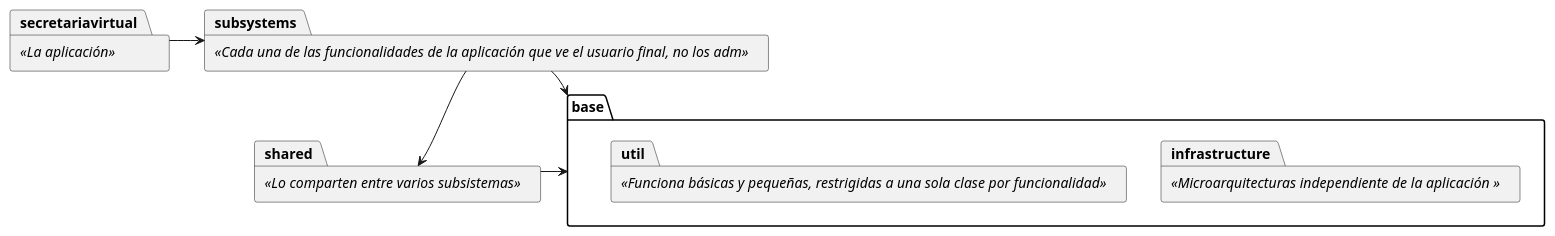
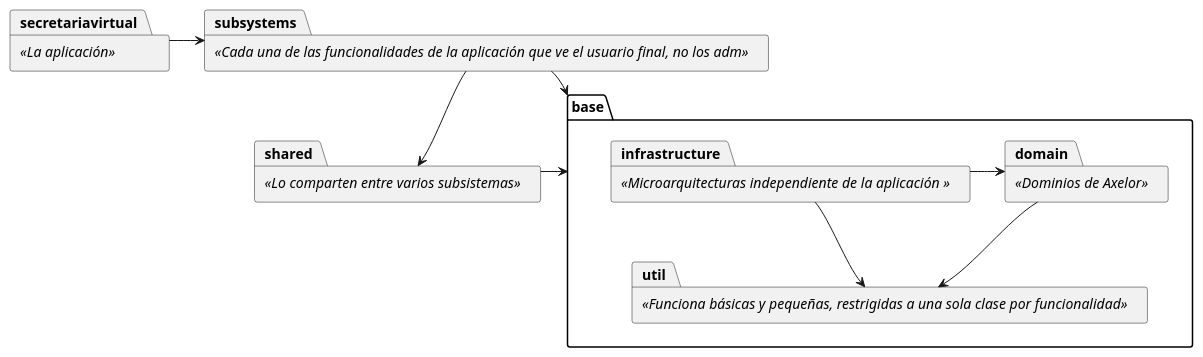
Before and after one commit to educaflow/secretaria-virtual: the diagram in src/main/java/com/educaflow/paquetes.puml, drawn with PlantUML. The commit also changed 28 other files, not shown here.

```diff
--- a/src/main/java/com/educaflow/paquetes.puml
+++ b/src/main/java/com/educaflow/paquetes.puml
@@ -1,17 +1,22 @@
 @startuml
 package secretariavirtual <<La aplicación>>
 package subsystems <<Cada una de las funcionalidades de la aplicación que ve el usuario final, no los adm>>
 package shared <<Lo comparten entre varios subsistemas>>
 
 package base {
+    package domain <<Dominios de Axelor>>
     package infrastructure <<Microarquitecturas independiente de la aplicación  >>
     package util <<Funciona básicas y pequeñas, restrigidas a una sola clase por funcionalidad>>
 }
 
 secretariavirtual -> subsystems
 
 subsystems --> base
 shared -> base
 
 subsystems --> shared
+
+domain --> util
+infrastructure --> util
+infrastructure -> domain
 @enduml
```
